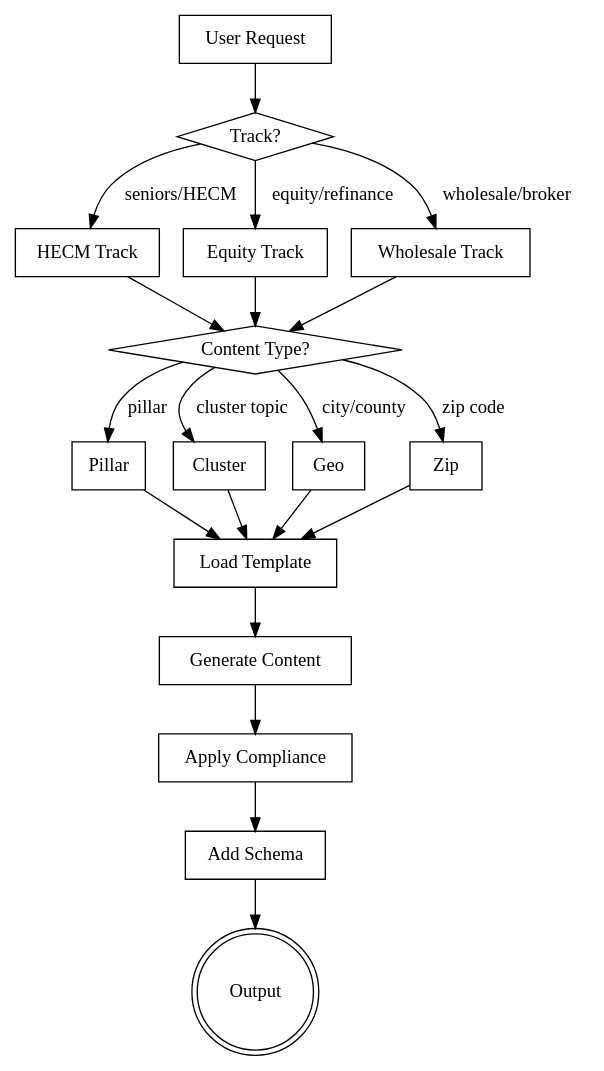
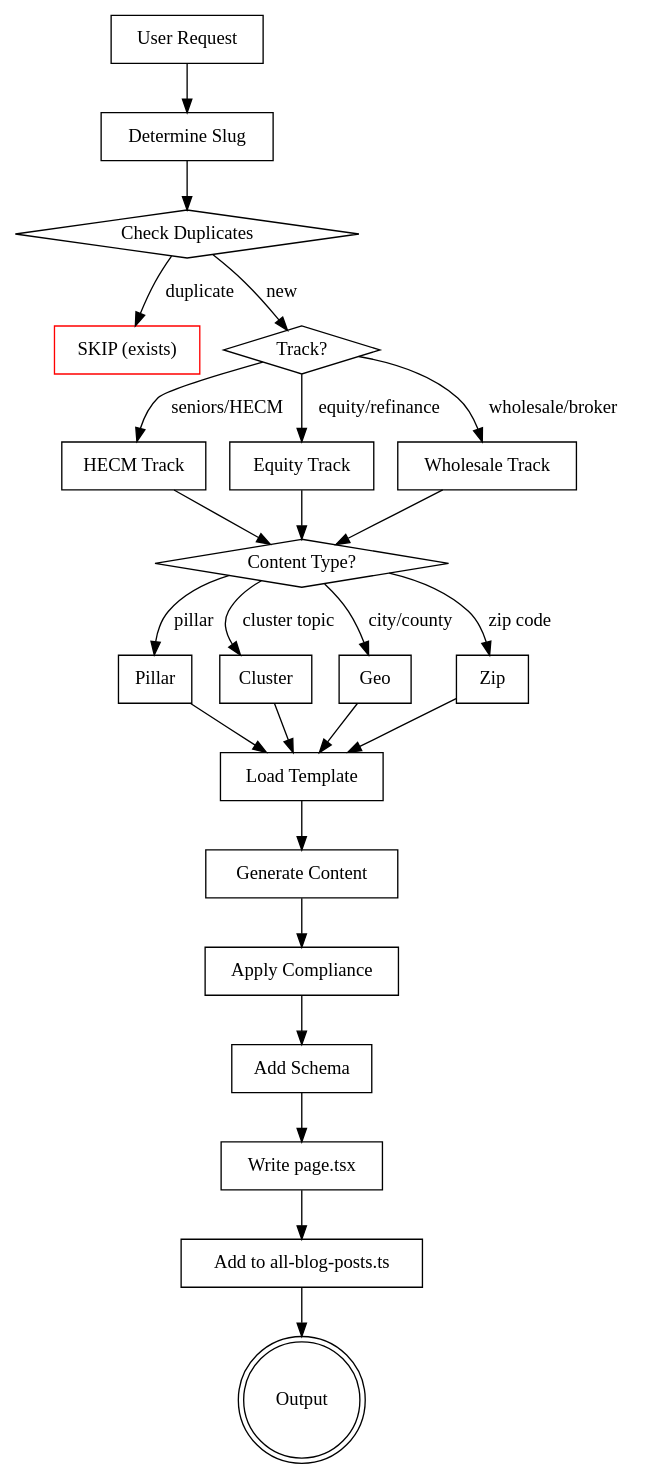
One commit to MoAbdel/brokersiteupdate changed the diagram in .claude/skills/equity-hecm-blog-generator/SKILL.md. Above: the diagram before and after it, drawn with Graphviz. The commit also changed other lines of this file and 37 other files, not shown here.

First line of the commit message:
feat(blog): add 35 new wholesale & pillar posts + 15 OC zip pages

````diff
--- a/.claude/skills/equity-hecm-blog-generator/SKILL.md
+++ b/.claude/skills/equity-hecm-blog-generator/SKILL.md
@@ -34,40 +34,50 @@
 ```dot
 digraph generation_flow {
     rankdir=TB;
     "User Request" [shape=box];
+    "Determine Slug" [shape=box];
+    "Check Duplicates" [shape=diamond];
+    "SKIP (exists)" [shape=box, color=red];
     "Track?" [shape=diamond];
     "Content Type?" [shape=diamond];
     "HECM Track" [shape=box];
     "Equity Track" [shape=box];
     "Wholesale Track" [shape=box];
     "Pillar" [shape=box];
     "Cluster" [shape=box];
     "Geo" [shape=box];
     "Zip" [shape=box];
     "Load Template" [shape=box];
     "Generate Content" [shape=box];
     "Apply Compliance" [shape=box];
     "Add Schema" [shape=box];
+    "Write page.tsx" [shape=box];
+    "Add to all-blog-posts.ts" [shape=box];
     "Output" [shape=doublecircle];
 
-    "User Request" -> "Track?";
+    "User Request" -> "Determine Slug";
+    "Determine Slug" -> "Check Duplicates";
+    "Check Duplicates" -> "SKIP (exists)" [label="duplicate"];
+    "Check Duplicates" -> "Track?" [label="new"];
     "Track?" -> "HECM Track" [label="seniors/HECM"];
     "Track?" -> "Equity Track" [label="equity/refinance"];
     "Track?" -> "Wholesale Track" [label="wholesale/broker"];
     "HECM Track" -> "Content Type?";
     "Equity Track" -> "Content Type?";
     "Wholesale Track" -> "Content Type?";
     "Content Type?" -> "Pillar" [label="pillar"];
     "Content Type?" -> "Cluster" [label="cluster topic"];
     "Content Type?" -> "Geo" [label="city/county"];
     "Content Type?" -> "Zip" [label="zip code"];
     "Pillar" -> "Load Template";
     "Cluster" -> "Load Template";
     "Geo" -> "Load Template";
     "Zip" -> "Load Template";
     "Load Template" -> "Generate Content";
     "Generate Content" -> "Apply Compliance";
     "Apply Compliance" -> "Add Schema";
-    "Add Schema" -> "Output";
+    "Add Schema" -> "Write page.tsx";
+    "Write page.tsx" -> "Add to all-blog-posts.ts";
+    "Add to all-blog-posts.ts" -> "Output";
 }
 ```
````
